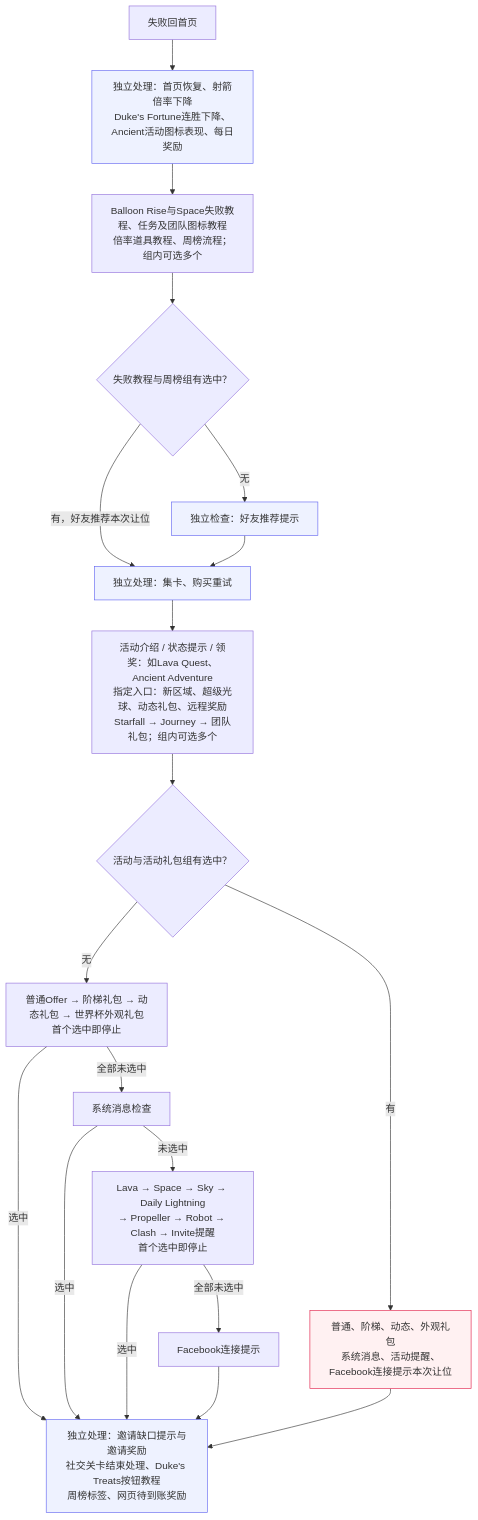
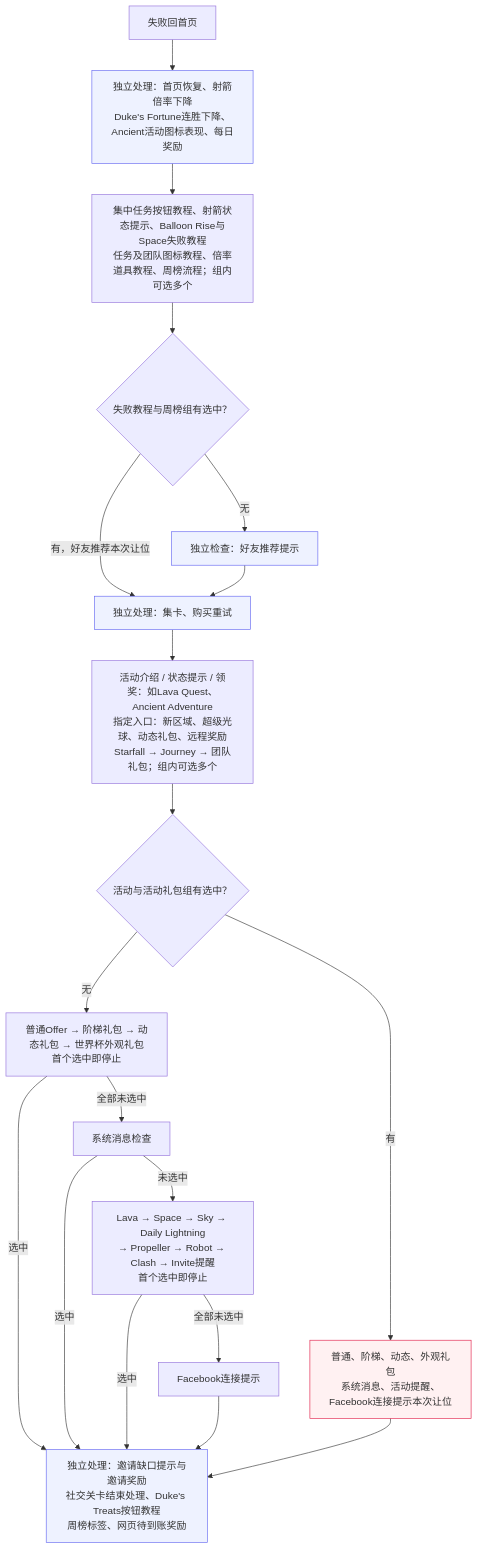
The third of 5 diagrams in 02-PROJECTS/产品分析/Royal Match/系统拆解-弹窗框架-38911.md (njbyxqw/LibraryG), drawn with Mermaid before and after one commit. The commit also changed other lines of this file and 12 other files, not shown here.

````diff
--- a/02-PROJECTS/产品分析/Royal Match/系统拆解-弹窗框架-38911.md
+++ b/02-PROJECTS/产品分析/Royal Match/系统拆解-弹窗框架-38911.md
@@ -116,25 +118,25 @@
 ```mermaid
 flowchart TD
     F[失败回首页] --> I[独立处理：首页恢复、射箭倍率下降<br/>Duke's Fortune连胜下降、Ancient活动图标表现、每日奖励]
-    I --> T[Balloon Rise与Space失败教程、任务及团队图标教程<br/>倍率道具教程、周榜流程；组内可选多个]
+    I --> T[集中任务按钮教程、射箭状态提示、Balloon Rise与Space失败教程<br/>任务及团队图标教程、倍率道具教程、周榜流程；组内可选多个]
     T --> TG{失败教程与周榜组有选中？}
     TG -->|有，好友推荐本次让位| P[独立处理：集卡、购买重试]
     TG -->|无| FRIEND[独立检查：好友推荐提示]
     FRIEND --> P
     P --> A[活动介绍 / 状态提示 / 领奖：如Lava Quest、Ancient Adventure<br/>指定入口：新区域、超级光球、动态礼包、远程奖励<br/>Starfall → Journey → 团队礼包；组内可选多个]
     A --> AG{活动与活动礼包组有选中？}
     AG -->|有| SKIP[普通、阶梯、动态、外观礼包<br/>系统消息、活动提醒、Facebook连接提示本次让位]
     AG -->|无| O[普通Offer → 阶梯礼包 → 动态礼包 → 世界杯外观礼包<br/>首个选中即停止]
     O -->|选中| TAIL[独立处理：邀请缺口提示与邀请奖励<br/>社交关卡结束处理、Duke's Treats按钮教程<br/>周榜标签、网页待到账奖励]
     O -->|全部未选中| S[系统消息检查]
     S -->|选中| TAIL
     S -->|未选中| R[Lava → Space → Sky → Daily Lightning<br/>→ Propeller → Robot → Clash → Invite提醒<br/>首个选中即停止]
     R -->|选中| TAIL
     R -->|全部未选中| FB[Facebook连接提示]
     FB --> TAIL
     SKIP --> TAIL
     classDef independent fill:#eef2ff,stroke:#6366f1
     classDef skipped fill:#fff1f2,stroke:#e11d48
     class I,FRIEND,P,TAIL independent
     class SKIP skipped
 ```
````
